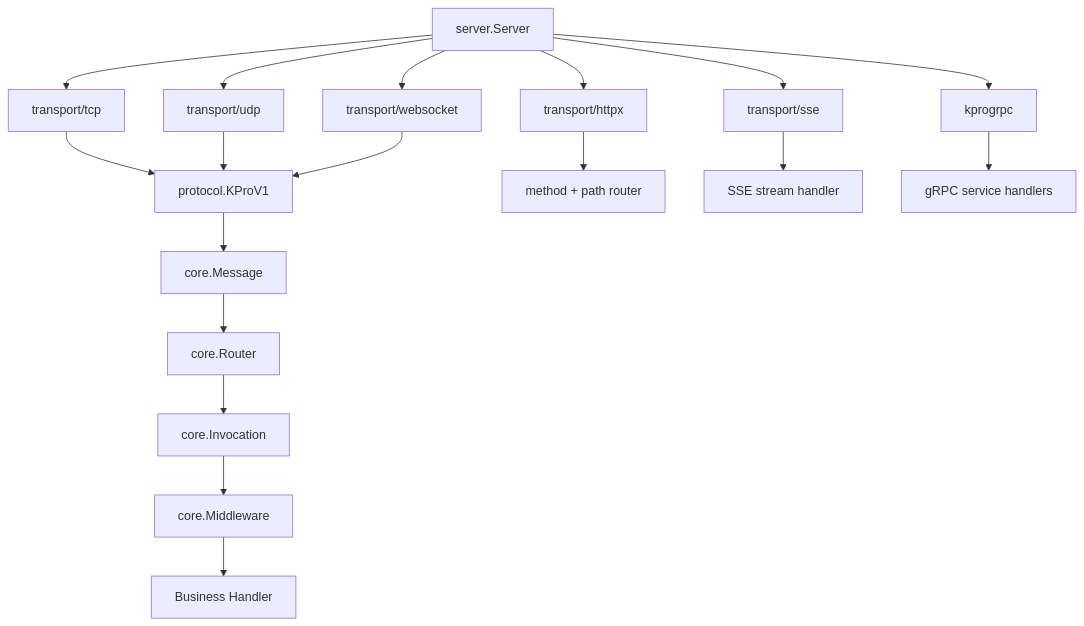
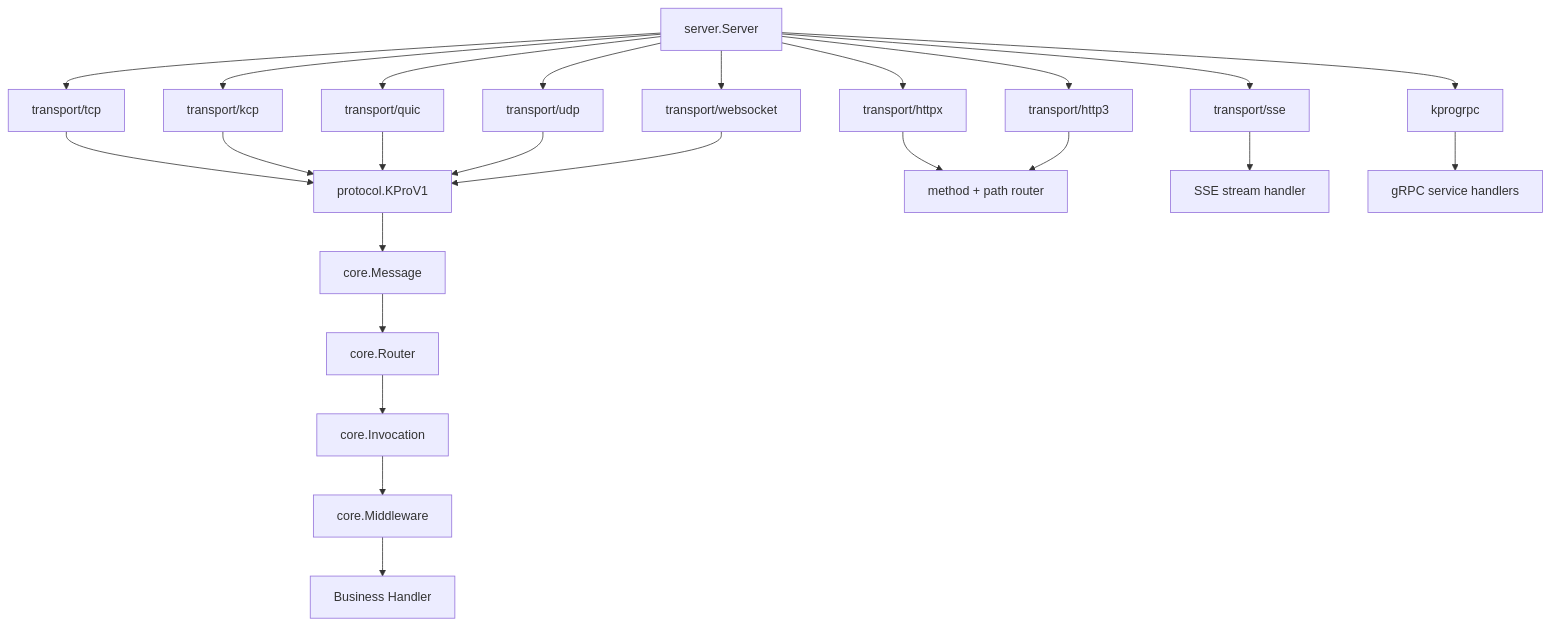
One commit to saramand9/kpro changed the first of 3 diagrams in README.md. Above: the diagram before and after it, drawn with Mermaid. The commit also changed other lines of this file and 15 other files, not shown here.

Commit message:
feat(transport): add KCP, QUIC, and HTTP/3

````diff
--- a/README.md
+++ b/README.md
@@ -34,23 +37,29 @@
 ```mermaid
 flowchart TD
     App[server.Server] --> TCP[transport/tcp]
+    App --> KCP[transport/kcp]
+    App --> QUIC[transport/quic]
     App --> UDP[transport/udp]
     App --> WS[transport/websocket]
     App --> HTTP[transport/httpx]
+    App --> HTTP3[transport/http3]
     App --> SSE[transport/sse]
     App --> GRPC[kprogrpc]
 
     TCP --> Protocol[protocol.KProV1]
+    KCP --> Protocol
+    QUIC --> Protocol
     UDP --> Protocol
     WS --> Protocol
 
     Protocol --> Message[core.Message]
     Message --> Router[core.Router]
     Router --> Invocation[core.Invocation]
     Invocation --> Middleware[core.Middleware]
     Middleware --> Handler[Business Handler]
 
     HTTP --> HTTPRouter[method + path router]
+    HTTP3 --> HTTPRouter
     SSE --> SSEHandler[SSE stream handler]
     GRPC --> GRPCService[gRPC service handlers]
 ```
````
